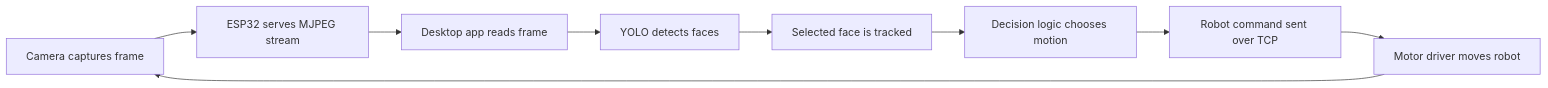
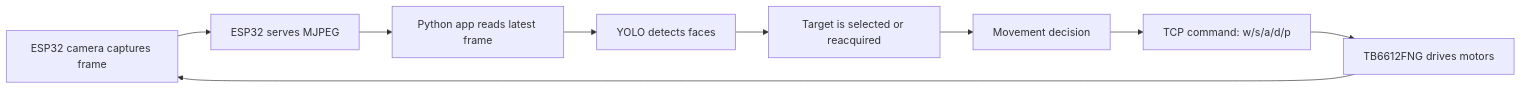
One commit to 2320316/Face-Follower-ESP32S3Sense changed the diagram in docs/HOW-IT-WORKS.md. Above: the diagram before and after it, drawn with Mermaid. The commit also changed other lines of this file and 10 other files, not shown here.

First line of the commit message:
Refactor tests to use esp_app module

````diff
--- a/docs/HOW-IT-WORKS.md
+++ b/docs/HOW-IT-WORKS.md
@@ -117,11 +147,11 @@
 ```mermaid
 flowchart LR
-    A[Camera captures frame] --> B[ESP32 serves MJPEG stream]
-    B --> C[Desktop app reads frame]
+    A[ESP32 camera captures frame] --> B[ESP32 serves MJPEG]
+    B --> C[Python app reads latest frame]
     C --> D[YOLO detects faces]
-    D --> E[Selected face is tracked]
-    E --> F[Decision logic chooses motion]
-    F --> G[Robot command sent over TCP]
-    G --> H[Motor driver moves robot]
+    D --> E[Target is selected or reacquired]
+    E --> F[Movement decision]
+    F --> G[TCP command: w/s/a/d/p]
+    G --> H[TB6612FNG drives motors]
     H --> A
 ```
````
